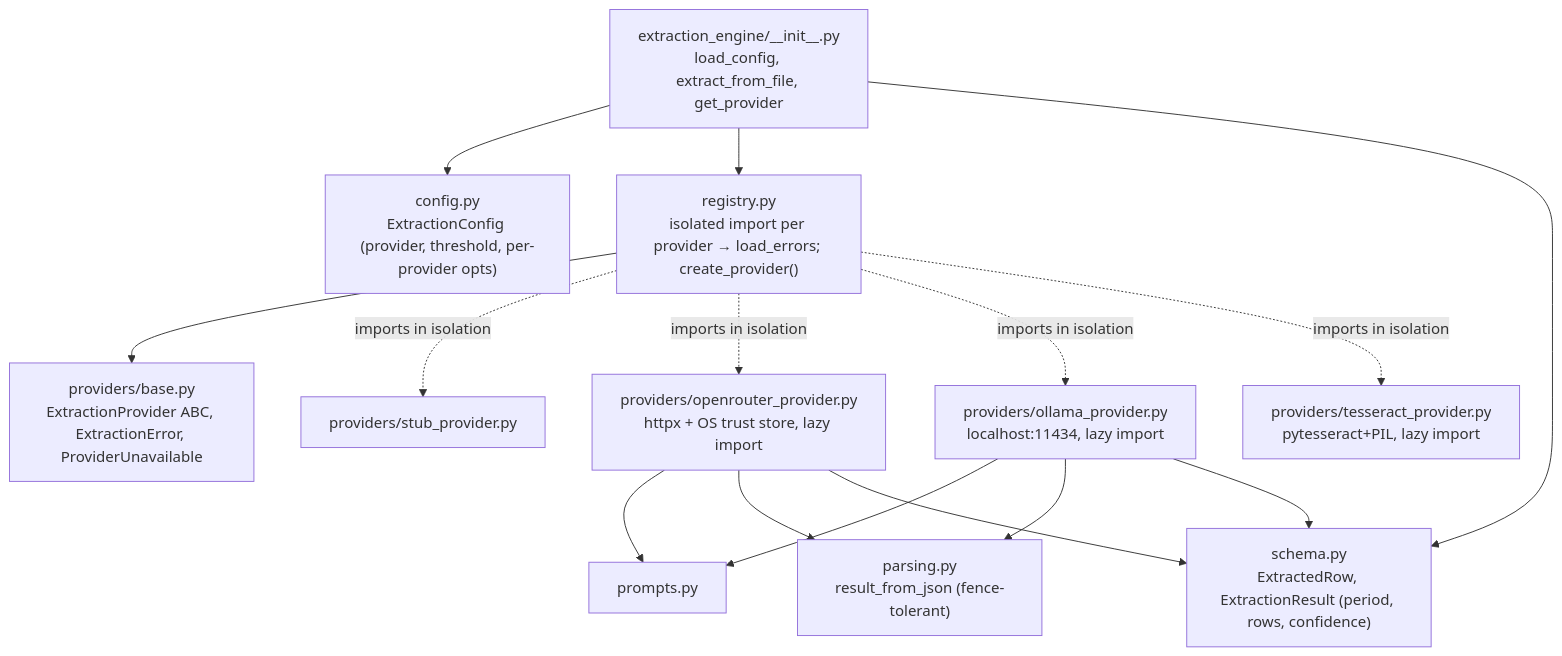
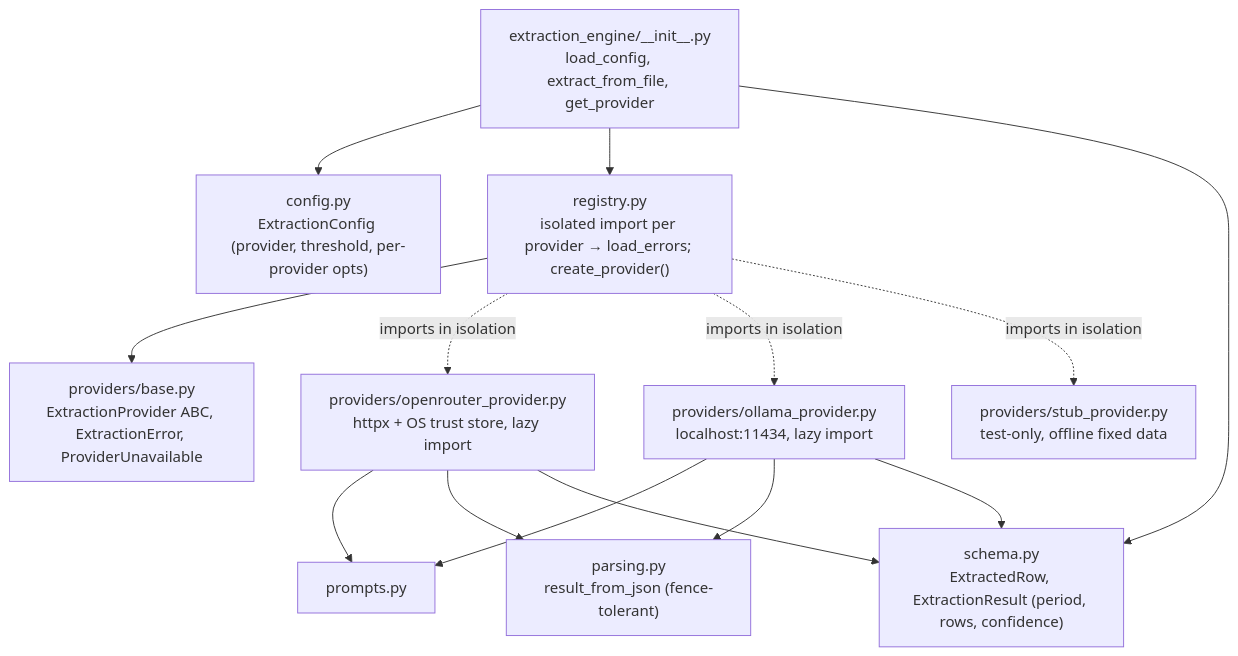
The eighth of 12 diagrams in docs/ARCHITECTURE.md (kk-ecu/lmp-vrinda-finance-engine), drawn with Mermaid before and after one commit. The commit also changed other lines of this file and 13 other files, not shown here.

Commit message:
Cleanup to two product providers: openrouter (PROD) + ollama (DEV); remove tesseract; stub test-only; env-based default + policy; docs updated

````diff
--- a/docs/ARCHITECTURE.md
+++ b/docs/ARCHITECTURE.md
@@ -403,20 +403,19 @@
 ```mermaid
 flowchart TB
     facade["extraction_engine/__init__.py<br/>load_config, extract_from_file, get_provider"]
     cfg["config.py<br/>ExtractionConfig (provider, threshold, per-provider opts)"]
     schema["schema.py<br/>ExtractedRow, ExtractionResult (period, rows, confidence)"]
     base["providers/base.py<br/>ExtractionProvider ABC, ExtractionError, ProviderUnavailable"]
     reg["registry.py<br/>isolated import per provider → load_errors; create_provider()"]
     prompts["prompts.py"]
     parsing["parsing.py<br/>result_from_json (fence-tolerant)"]
 
-    pstub["providers/stub_provider.py"]
     popen["providers/openrouter_provider.py<br/>httpx + OS trust store, lazy import"]
     poll["providers/ollama_provider.py<br/>localhost:11434, lazy import"]
-    ptess["providers/tesseract_provider.py<br/>pytesseract+PIL, lazy import"]
+    pstub["providers/stub_provider.py<br/>test-only, offline fixed data"]
 
     facade --> cfg & reg & schema
     reg --> base
-    reg -. imports in isolation .-> pstub & popen & poll & ptess
+    reg -. imports in isolation .-> popen & poll & pstub
     popen & poll --> prompts & parsing & schema
 ```
````
